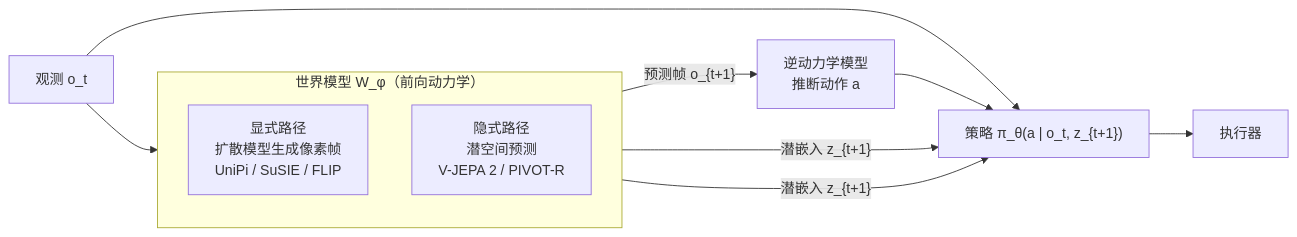
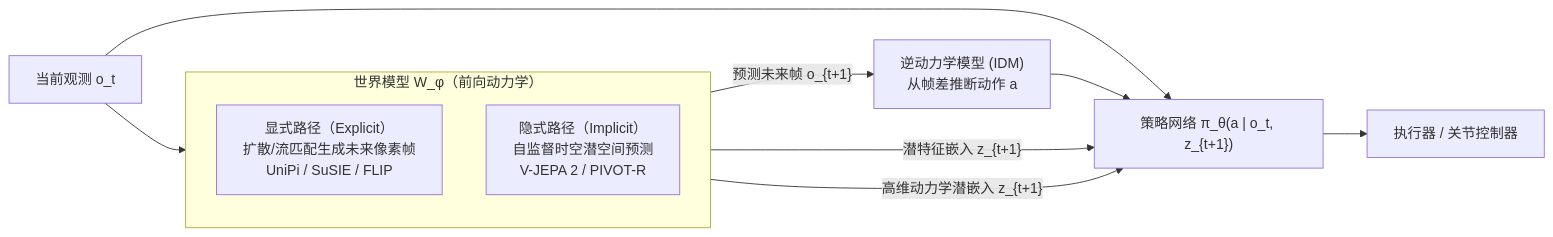
Before and after one commit to TingdeLiu/tingdeliu.github.io: the second of 11 diagrams in _posts/research/2026-04-16-World-Models-Survey.md, drawn with Mermaid. The commit also changed other lines of this file and 6 other files, not shown here.

Commit message:
docs(agent): optimize Section 5 memory diagram layout and update world models survey

````diff
--- a/_posts/research/2026-04-16-World-Models-Survey.md
+++ b/_posts/research/2026-04-16-World-Models-Survey.md
@@ -97,18 +259,18 @@
 ```mermaid
 flowchart LR
-    O_t["观测 o_t"] --> WM
+    O_t["当前观测 o_t"] --> WM
 
     subgraph WM["世界模型 W_φ（前向动力学）"]
         direction TB
-        ExP["显式路径\n扩散模型生成像素帧\nUniPi / SuSIE / FLIP"]
-        ImP["隐式路径\n潜空间预测\nV-JEPA 2 / PIVOT-R"]
+        ExP["显式路径（Explicit）\n扩散/流匹配生成未来像素帧\nUniPi / SuSIE / FLIP"]
+        ImP["隐式路径（Implicit）\n自监督时空潜空间预测\nV-JEPA 2 / PIVOT-R"]
     end
 
-    ExP -->|"预测帧 o_{t+1}"| IDM["逆动力学模型\n推断动作 a"]
-    ExP -->|"潜嵌入 z_{t+1}"| Policy
-    ImP -->|"潜嵌入 z_{t+1}"| Policy
+    ExP -->|"预测未来帧 o_{t+1}"| IDM["逆动力学模型 (IDM)\n从帧差推断动作 a"]
+    ExP -->|"潜特征嵌入 z_{t+1}"| Policy
+    ImP -->|"高维动力学潜嵌入 z_{t+1}"| Policy
 
     IDM --> Policy
     O_t --> Policy
-    Policy["策略 π_θ(a | o_t, z_{t+1})"] --> Robot["执行器"]
+    Policy["策略网络 π_θ(a | o_t, z_{t+1})"] --> Robot["执行器 / 关节控制器"]
 ```
````
